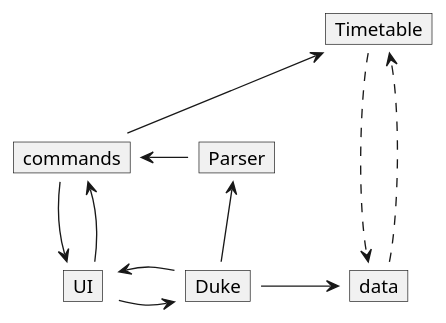
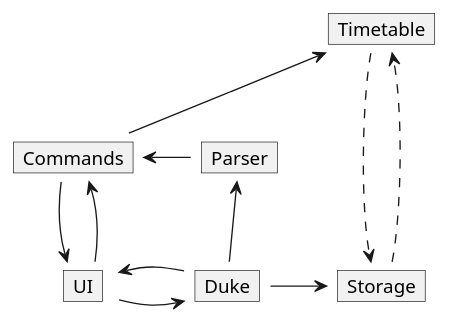
The diagram in docs/YUML/arch.puml (nus-cs2113-AY2223S1/tp), drawn with PlantUML before and after one commit. The commit also changed 9 other files, not shown here.

```diff
--- a/docs/YUML/arch.puml
+++ b/docs/YUML/arch.puml
@@ -1,28 +1,28 @@
 @startuml
 'https://plantuml.com/object-diagram
 map UI {
 }
 map Duke {
 }
 map Parser {
 }
-map data {
+map Storage {
 }
 map Timetable {
 }
-map commands {
+map Commands {
 }
 
 UI-r->Duke
 Duke-->UI
 Duke-u->Parser
-Parser-l->commands
-commands-->UI
-UI-->commands
-data..>Timetable
-Timetable..>data
-Duke-r->data
-commands-u->Timetable
+Parser-l->Commands
+Commands-->UI
+UI-->Commands
+Storage..>Timetable
+Timetable..>Storage
+Duke-r->Storage
+Commands-u->Timetable
 
 
 @enduml
```
